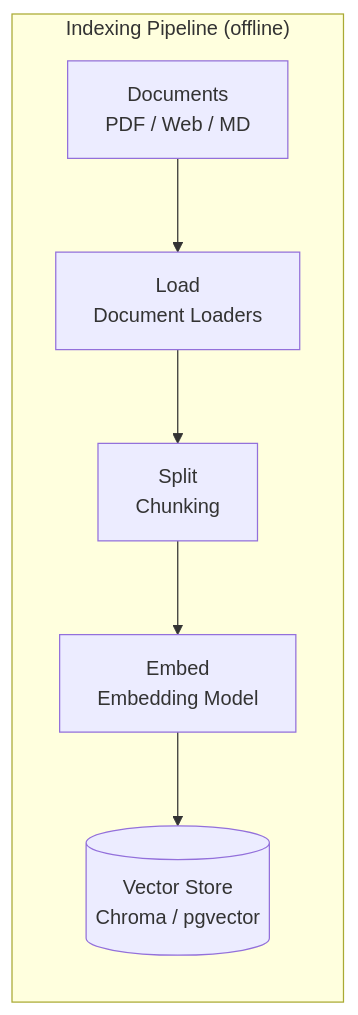
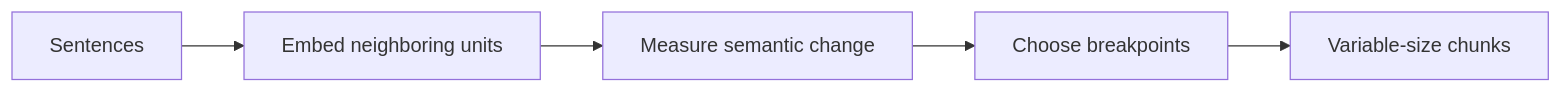
Before and after one commit to MakCoder-2004/AI-Engineering-Sheet: the ninth of 45 diagrams in 05.RAG/RAG.md, drawn with Mermaid. The commit also changed other lines of this file and 60 other files, not shown here.

````diff
--- a/05.RAG/RAG.md
+++ b/05.RAG/RAG.md
@@ -26,9 +516,7 @@
 ```mermaid
 flowchart LR
-    subgraph Indexing["Indexing Pipeline (offline)"]
-        A[Documents<br/>PDF / Web / MD] --> B[Load<br/>Document Loaders]
-        B --> C[Split<br/>Chunking]
-        C --> D[Embed<br/>Embedding Model]
-        D --> E[(Vector Store<br/>Chroma / pgvector)]
-    end
+    S[Sentences] --> E[Embed neighboring units]
+    E --> D[Measure semantic change]
+    D --> B[Choose breakpoints]
+    B --> C[Variable-size chunks]
 ```
````
